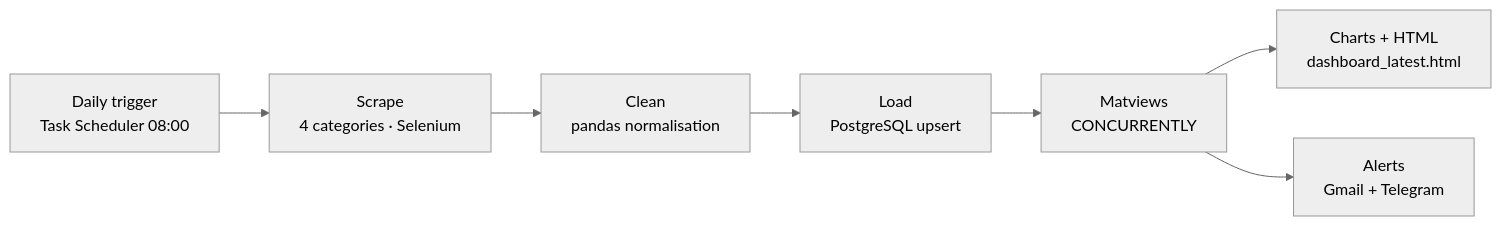
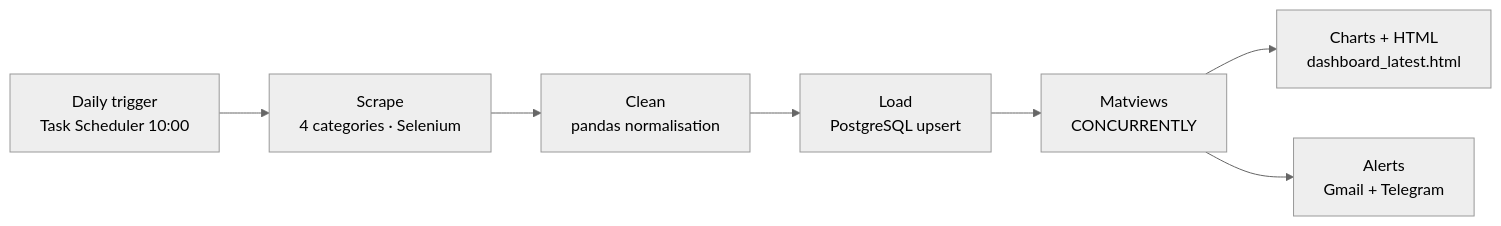
One commit to StavrosKav/skroutz-data-pipeline changed the first of 2 diagrams in README.md. Above: the diagram before and after it, drawn with Mermaid (neutral theme). The commit also changed 3 other files, not shown here.

````diff
--- a/README.md
+++ b/README.md
@@ -31,9 +31,9 @@
 ```mermaid
 flowchart LR
-  A["Daily trigger\nTask Scheduler 08:00"] --> B["Scrape\n4 categories · Selenium"]
+  A["Daily trigger\nTask Scheduler 10:00"] --> B["Scrape\n4 categories · Selenium"]
   B --> C["Clean\npandas normalisation"]
   C --> D["Load\nPostgreSQL upsert"]
   D --> E["Matviews\nCONCURRENTLY"]
   E --> F["Charts + HTML\ndashboard_latest.html"]
   E --> G["Alerts\nGmail + Telegram"]
 ```
````
